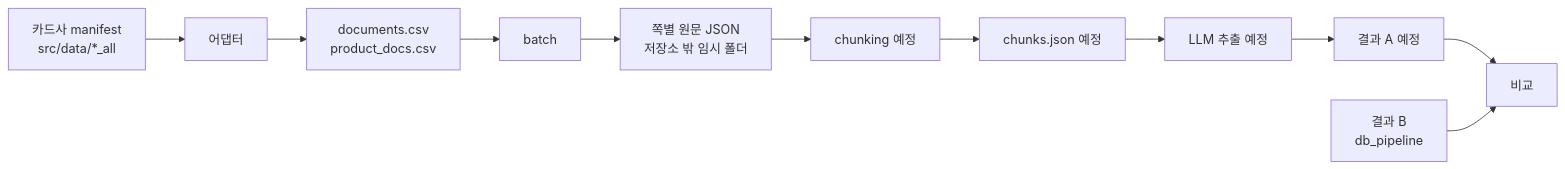
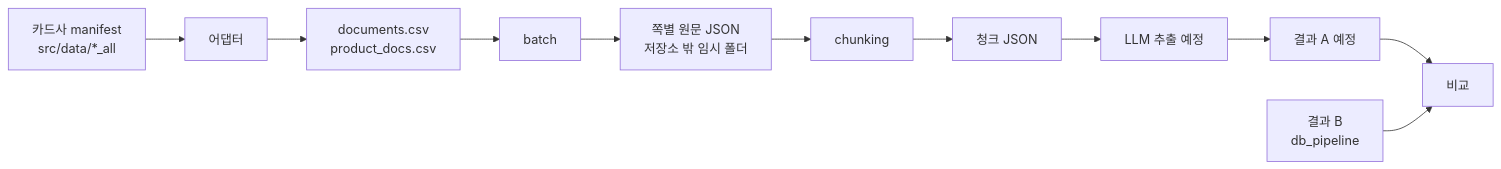
The third of 3 diagrams in docs/프로젝트-지도.md (encore-ai-campus/mle-02-p2-team3), drawn with Mermaid before and after one commit. The commit also changed other lines of this file and 9 other files, not shown here.

````diff
--- a/docs/프로젝트-지도.md
+++ b/docs/프로젝트-지도.md
@@ -63,10 +62,10 @@
 ```mermaid
 flowchart LR
     M[카드사 manifest<br/>src/data/*_all] --> AD[어댑터] --> IDX[documents.csv<br/>product_docs.csv]
     IDX --> BT[batch] --> TJ[쪽별 원문 JSON<br/>저장소 밖 임시 폴더]
-    TJ --> CK[chunking 예정] --> CJ[chunks.json 예정]
+    TJ --> CK[chunking] --> CJ[청크 JSON]
     CJ --> LLM[LLM 추출 예정]
     LLM --> RA[결과 A 예정]
     RA --> CMP[비교]
     RB[결과 B<br/>db_pipeline] --> CMP
 ```
````
